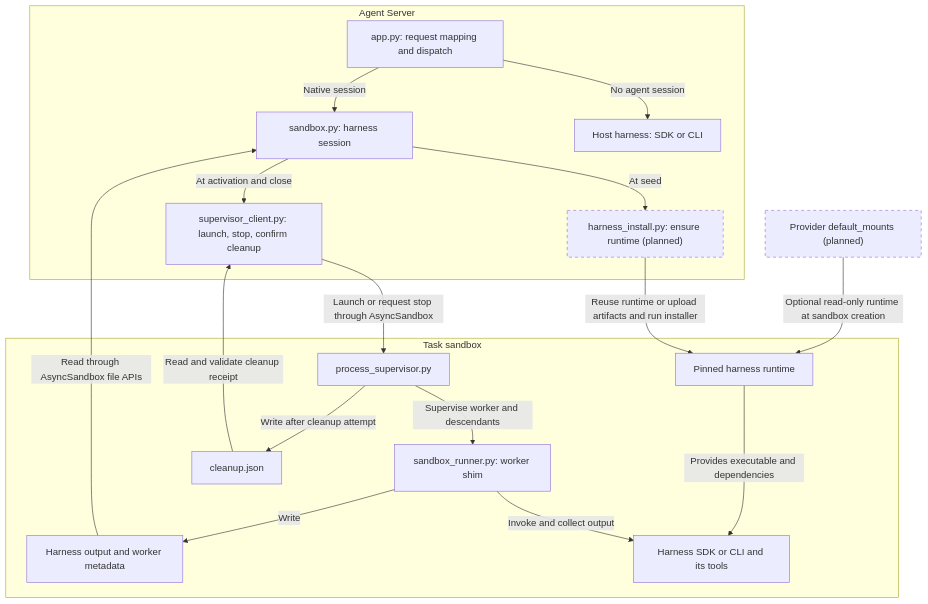
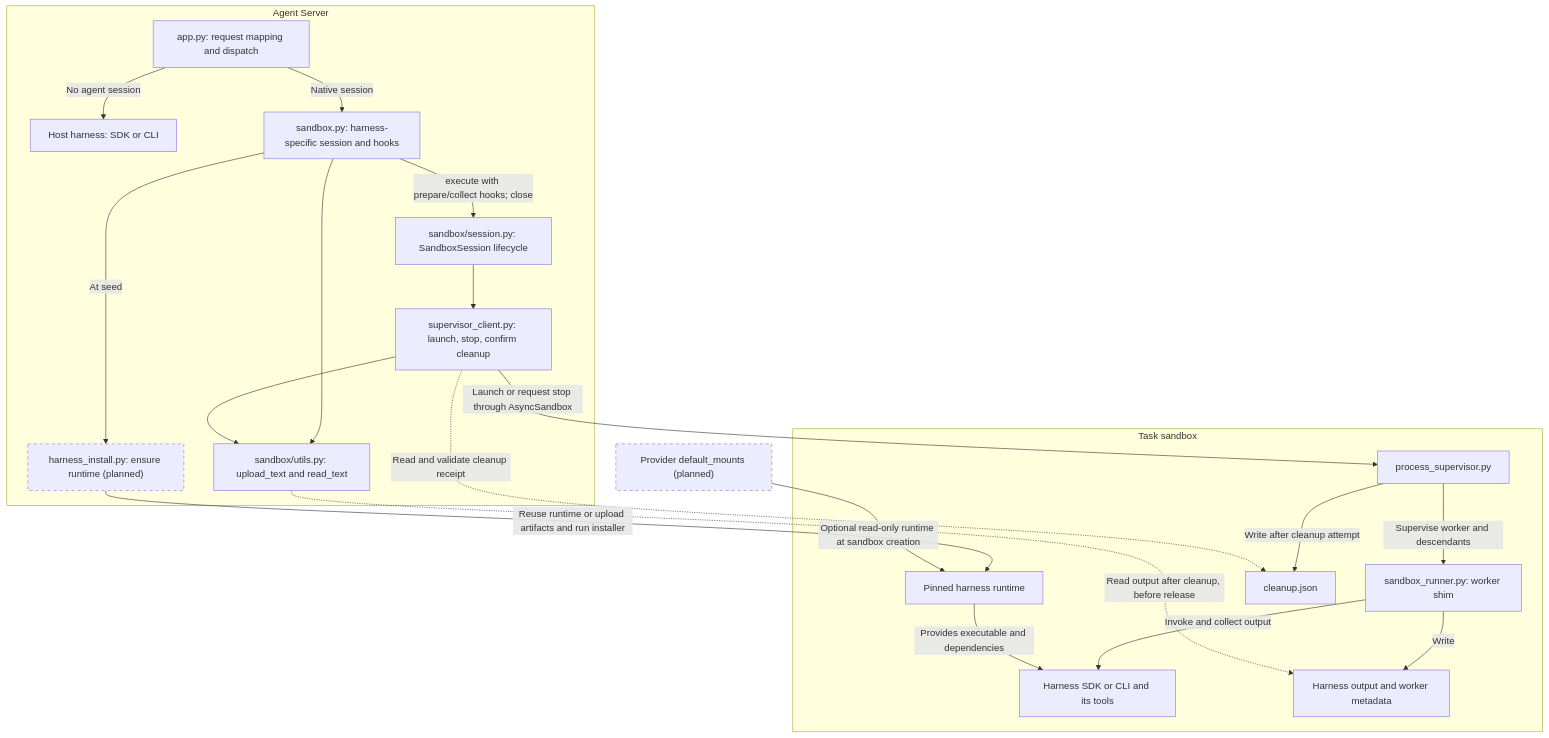
One commit to NVIDIA-NeMo/Gym changed the second of 2 diagrams in fern/versions/latest/pages/agent-server/add-or-update-a-harness.mdx. Above: the diagram before and after it, drawn with Mermaid. The commit also changed other lines of this file, not shown here.

Commit message:
docs(agent): align sandbox guide with shared session lifecycle

````diff
--- a/fern/versions/latest/pages/agent-server/add-or-update-a-harness.mdx
+++ b/fern/versions/latest/pages/agent-server/add-or-update-a-harness.mdx
@@ -78,39 +86,44 @@
 ```mermaid
 flowchart TB
     subgraph AS["Agent Server"]
         APP["app.py: request mapping and dispatch"]
         LOCAL["Host harness: SDK or CLI"]
-        SESSION["sandbox.py: harness session"]
+        ADAPTER["sandbox.py: harness-specific session and hooks"]
+        SESSION["sandbox/session.py: SandboxSession lifecycle"]
         INSTALL["harness_install.py: ensure runtime (planned)"]
         CLIENT["supervisor_client.py: launch, stop, confirm cleanup"]
+        FILES["sandbox/utils.py: upload_text and read_text"]
         APP -->|"No agent session"| LOCAL
-        APP -->|"Native session"| SESSION
-        SESSION -->|"At seed"| INSTALL
-        SESSION -->|"At activation and close"| CLIENT
+        APP -->|"Native session"| ADAPTER
+        ADAPTER -->|"At seed"| INSTALL
+        ADAPTER -->|"execute with prepare/collect hooks; close"| SESSION
+        SESSION --> CLIENT
+        ADAPTER --> FILES
+        CLIENT --> FILES
     end
 
     MOUNTS["Provider default_mounts (planned)"]
 
     subgraph SB["Task sandbox"]
         RUNTIME["Pinned harness runtime"]
         SUPERVISOR["process_supervisor.py"]
         SHIM["sandbox_runner.py: worker shim"]
         HARNESS["Harness SDK or CLI and its tools"]
         CLEANUP["cleanup.json"]
         OUTPUT["Harness output and worker metadata"]
         SUPERVISOR -->|"Supervise worker and descendants"| SHIM
         SHIM -->|"Invoke and collect output"| HARNESS
         RUNTIME -->|"Provides executable and dependencies"| HARNESS
         SUPERVISOR -->|"Write after cleanup attempt"| CLEANUP
         SHIM -->|"Write"| OUTPUT
     end
 
     INSTALL -->|"Reuse runtime or upload artifacts and run installer"| RUNTIME
     MOUNTS -->|"Optional read-only runtime at sandbox creation"| RUNTIME
     CLIENT -->|"Launch or request stop through AsyncSandbox"| SUPERVISOR
-    CLEANUP -->|"Read and validate cleanup receipt"| CLIENT
-    OUTPUT -->|"Read through AsyncSandbox file APIs"| SESSION
+    CLIENT -.->|"Read and validate cleanup receipt"| CLEANUP
+    FILES -.->|"Read output after cleanup, before release"| OUTPUT
 
     classDef planned stroke-dasharray: 5 5;
     class INSTALL,MOUNTS planned;
 ```
````
